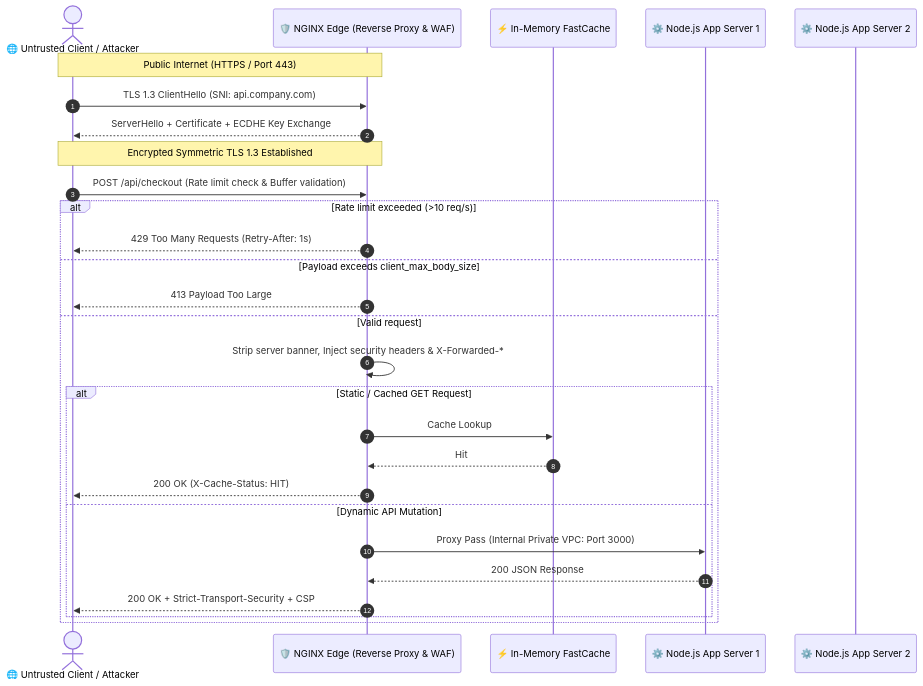
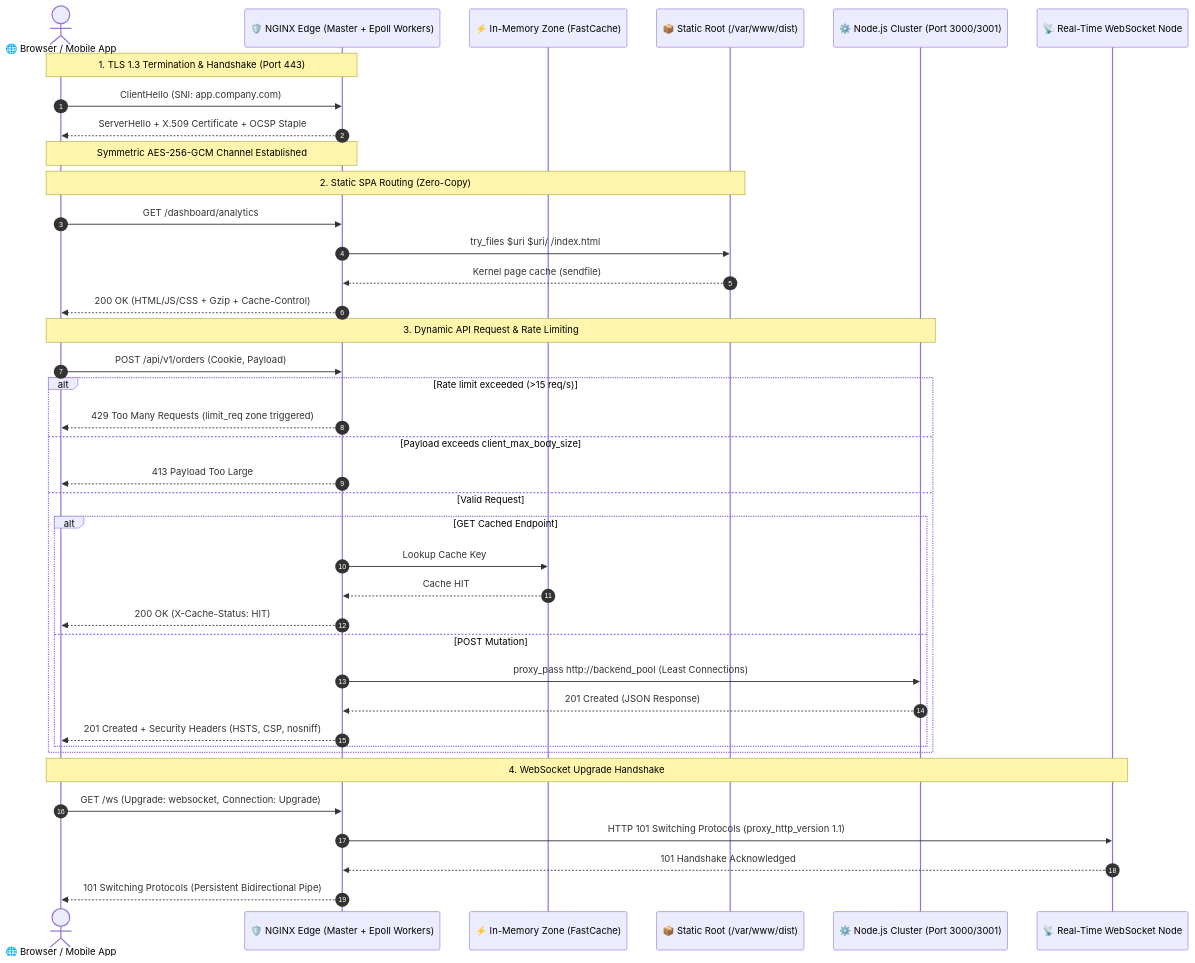
Before and after one commit to Shrikant92Bhatt/web-security-handbook: the diagram in 06-http-network-and-headers/nginx-reverse-proxy-and-hardening.md, drawn with Mermaid. The commit also changed other lines of this file and 1 other file, not shown here.

Commit message:
docs(nginx): expand into exhaustive masterclass covering architecture, epoll internals, location priority, microcaching, and troubleshooting

````diff
--- a/06-http-network-and-headers/nginx-reverse-proxy-and-hardening.md
+++ b/06-http-network-and-headers/nginx-reverse-proxy-and-hardening.md
@@ -35,32 +54,45 @@
 ```mermaid
 sequenceDiagram
     autonumber
-    actor Client as 🌐 Untrusted Client / Attacker
-    participant Nginx as 🛡️ NGINX Edge (Reverse Proxy & WAF)
-    participant Cache as ⚡ In-Memory FastCache
-    participant UpstreamA as ⚙️ Node.js App Server 1
-    participant UpstreamB as ⚙️ Node.js App Server 2
+    actor Client as 🌐 Browser / Mobile App
+    participant Nginx as 🛡️ NGINX Edge (Master + Epoll Workers)
+    participant Microcache as ⚡ In-Memory Zone (FastCache)
+    participant ReactSPA as 📦 Static Root (/var/www/dist)
+    participant UpstreamCluster as ⚙️ Node.js Cluster (Port 3000/3001)
+    participant WSServer as 📡 Real-Time WebSocket Node
 
-    Note over Client,Nginx: Public Internet (HTTPS / Port 443)
-    Client->>Nginx: TLS 1.3 ClientHello (SNI: api.company.com)
-    Nginx-->>Client: ServerHello + Certificate + ECDHE Key Exchange
-    Note over Client,Nginx: Encrypted Symmetric TLS 1.3 Established
+    Note over Client,Nginx: 1. TLS 1.3 Termination & Handshake (Port 443)
+    Client->>Nginx: ClientHello (SNI: app.company.com)
+    Nginx-->>Client: ServerHello + X.509 Certificate + OCSP Staple
+    Note over Client,Nginx: Symmetric AES-256-GCM Channel Established
 
-    Client->>Nginx: POST /api/checkout (Rate limit check & Buffer validation)
-    alt Rate limit exceeded (>10 req/s)
-        Nginx-->>Client: 429 Too Many Requests (Retry-After: 1s)
+    Note over Client,ReactSPA: 2. Static SPA Routing (Zero-Copy)
+    Client->>Nginx: GET /dashboard/analytics
+    Nginx->>ReactSPA: try_files $uri $uri/ /index.html
+    ReactSPA-->>Nginx: Kernel page cache (sendfile)
+    Nginx-->>Client: 200 OK (HTML/JS/CSS + Gzip + Cache-Control)
+
+    Note over Client,UpstreamCluster: 3. Dynamic API Request & Rate Limiting
+    Client->>Nginx: POST /api/v1/orders (Cookie, Payload)
+    alt Rate limit exceeded (>15 req/s)
+        Nginx-->>Client: 429 Too Many Requests (limit_req zone triggered)
     else Payload exceeds client_max_body_size
         Nginx-->>Client: 413 Payload Too Large
-    else Valid request
-        Nginx->>Nginx: Strip server banner, Inject security headers & X-Forwarded-*
-        alt Static / Cached GET Request
-            Nginx->>Cache: Cache Lookup
-            Cache-->>Nginx: Hit
+    else Valid Request
+        alt GET Cached Endpoint
+            Nginx->>Microcache: Lookup Cache Key
+            Microcache-->>Nginx: Cache HIT
             Nginx-->>Client: 200 OK (X-Cache-Status: HIT)
-        else Dynamic API Mutation
-            Nginx->>UpstreamA: Proxy Pass (Internal Private VPC: Port 3000)
-            UpstreamA-->>Nginx: 200 JSON Response
-            Nginx-->>Client: 200 OK + Strict-Transport-Security + CSP
+        else POST Mutation
+            Nginx->>UpstreamCluster: proxy_pass http://backend_pool (Least Connections)
+            UpstreamCluster-->>Nginx: 201 Created (JSON Response)
+            Nginx-->>Client: 201 Created + Security Headers (HSTS, CSP, nosniff)
         end
     end
+
+    Note over Client,WSServer: 4. WebSocket Upgrade Handshake
+    Client->>Nginx: GET /ws (Upgrade: websocket, Connection: Upgrade)
+    Nginx->>WSServer: HTTP 101 Switching Protocols (proxy_http_version 1.1)
+    WSServer-->>Nginx: 101 Handshake Acknowledged
+    Nginx-->>Client: 101 Switching Protocols (Persistent Bidirectional Pipe)
 ```
````
